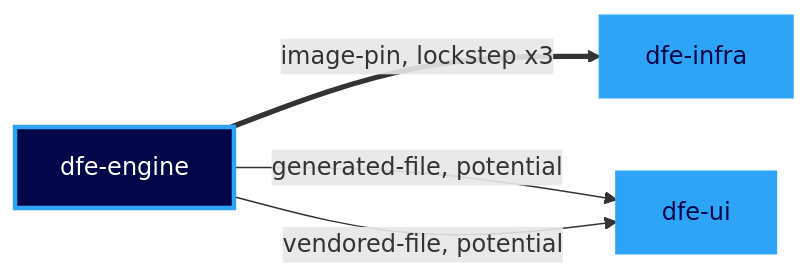
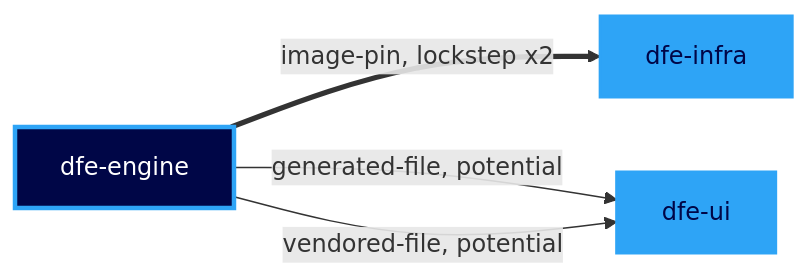
Before and after one commit to hyperi-io/dfe-infra: the fourth of 17 diagrams in docs/suite-graph.md, drawn with Mermaid. The commit also changed other lines of this file and 165 other files, not shown here.

First line of the commit message:
fix(schema): dfe-engine is the only schema and topic controller

````diff
--- a/docs/suite-graph.md
+++ b/docs/suite-graph.md
@@ -208,11 +207,11 @@
 ```mermaid
 flowchart LR
   dfe_engine["dfe-engine"]:::producer
   dfe_infra["dfe-infra"]:::suite
-  dfe_engine ==>|image-pin, lockstep x3| dfe_infra
+  dfe_engine ==>|image-pin, lockstep x2| dfe_infra
   dfe_ui["dfe-ui"]:::suite
   dfe_engine -->|generated-file, potential| dfe_ui
   dfe_engine -->|vendored-file, potential| dfe_ui
   classDef suite fill:#2EA4F6,stroke:#2EA4F6,stroke-width:2px,color:#000647
   classDef producer fill:#000647,stroke:#2EA4F6,stroke-width:3px,color:#FFFFFF
 ```
````
